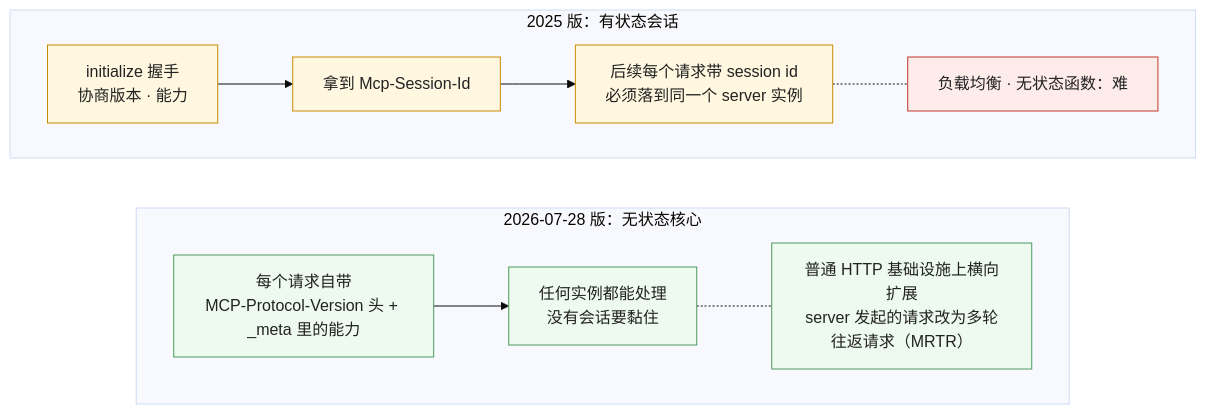
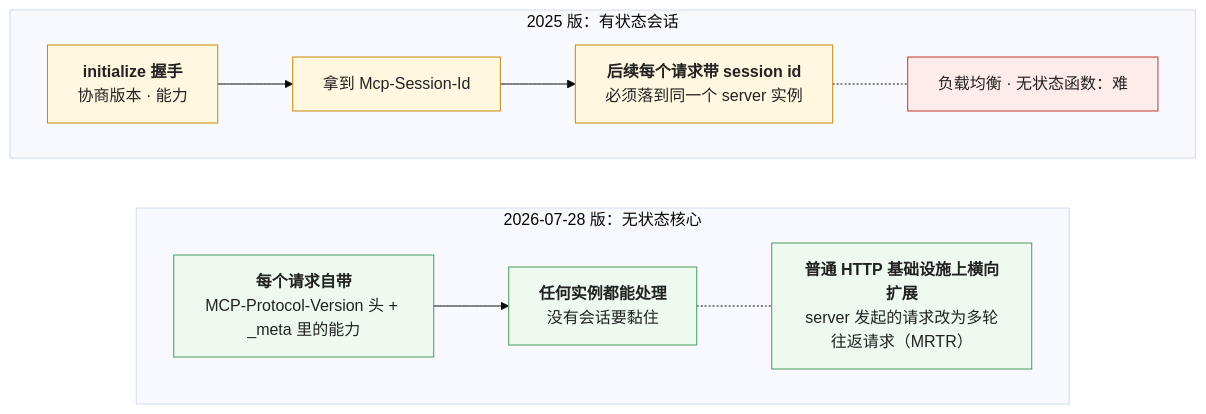
Before and after one commit to arganzheng/arganzheng.github.com: the third of 5 diagrams in _posts/2026-10-22-tool-calling-mcp-tool-search-and-programmatic-tool-calling.md, drawn with Mermaid (base theme). The commit also changed other lines of this file and 9 other files, not shown here.

First line of the commit message:
工具、Agent 与 harness：模型怎么从回答变成做事：Mermaid 多行方框的首行标为标题（10 篇）

````diff
--- a/_posts/2026-10-22-tool-calling-mcp-tool-search-and-programmatic-tool-calling.md
+++ b/_posts/2026-10-22-tool-calling-mcp-tool-search-and-programmatic-tool-calling.md
@@ -96,21 +96,21 @@
 ```mermaid
 %% 图：MCP 从有状态到无状态——2025 版每个连接先 initialize 握手、协商版本与能力、拿一个 Mcp-Session-Id，之后的请求都要落到同一个 server 实例；2026-07-28 版取消握手，版本与能力放进每个请求的 _meta 与头里，任何一个实例都能处理任何一个请求，能放在普通的负载均衡与无状态函数后面
 flowchart TB
     subgraph OLD["2025 版：有状态会话"]
         direction LR
-        O1["initialize 握手<br/>协商版本 · 能力"] --> O2["拿到 Mcp-Session-Id"] --> O3["后续每个请求带 session id<br/>必须落到同一个 server 实例"]
+        O1["<b>initialize 握手</b><br/>协商版本 · 能力"] --> O2["拿到 Mcp-Session-Id"] --> O3["<b>后续每个请求带 session id</b><br/>必须落到同一个 server 实例"]
         O3 -.- OX["负载均衡 · 无状态函数：难"]
     end
     subgraph NEW["2026-07-28 版：无状态核心"]
         direction LR
-        N1["每个请求自带<br/>MCP-Protocol-Version 头 + _meta 里的能力"] --> N2["任何实例都能处理<br/>没有会话要黏住"]
-        N2 -.- NX["普通 HTTP 基础设施上横向扩展<br/>server 发起的请求改为多轮往返请求（MRTR）"]
+        N1["<b>每个请求自带</b><br/>MCP-Protocol-Version 头 + _meta 里的能力"] --> N2["<b>任何实例都能处理</b><br/>没有会话要黏住"]
+        N2 -.- NX["<b>普通 HTTP 基础设施上横向扩展</b><br/>server 发起的请求改为多轮往返请求（MRTR）"]
     end
     OLD ~~~ NEW
     classDef bad fill:#fdecea,stroke:#c0392b,color:#222
     classDef ok fill:#eefaf0,stroke:#4d9a5c,color:#222
     classDef n fill:#fff7e0,stroke:#c98a00,color:#222
     class O1,O2,O3 n
     class OX bad
     class N1,N2,NX ok
 ```
````
